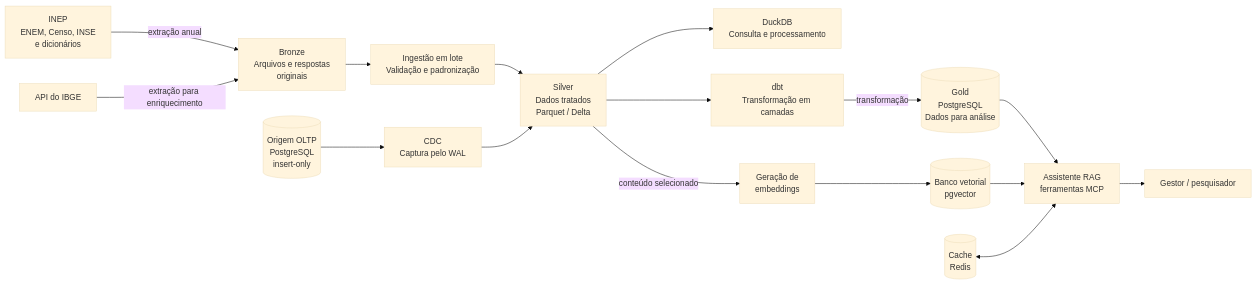
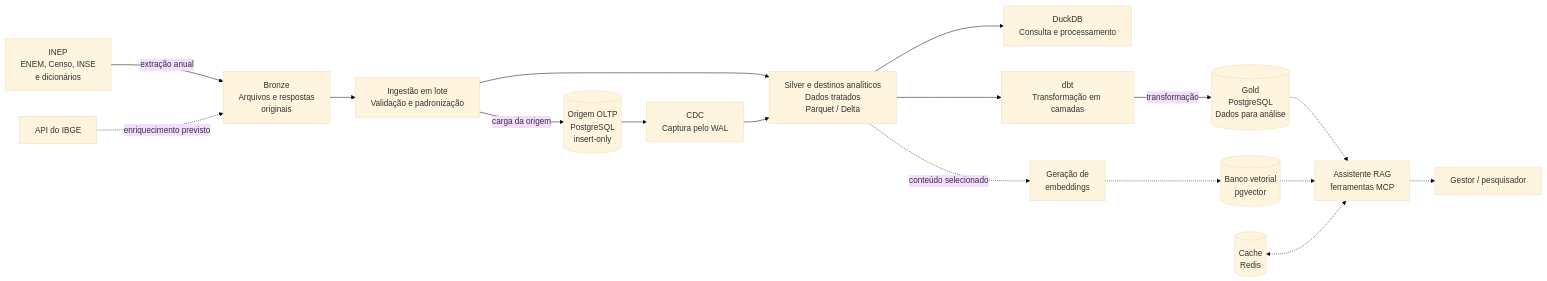
The first of 2 diagrams in README.md (daviegito/bd2_2026_2_eduinfra), drawn with Mermaid (base theme) before and after one commit. The commit also changed other lines of this file, not shown here.

````diff
--- a/README.md
+++ b/README.md
@@ -23,40 +28,34 @@
 ```mermaid
 flowchart LR
     INEP["INEP<br/>ENEM, Censo, INSE<br/>e dicionários"]
     IBGE["API do IBGE"]
-
     BRONZE["Bronze<br/>Arquivos e respostas<br/>originais"]
     LOTE["Ingestão em lote<br/>Validação e padronização"]
-    SILVER["Silver<br/>Dados tratados<br/>Parquet / Delta"]
-
+    SILVER["Silver e destinos analíticos<br/>Dados tratados<br/>Parquet / Delta"]
     OLTP[("Origem OLTP<br/>PostgreSQL<br/>insert-only")]
     CDC["CDC<br/>Captura pelo WAL"]
     DUCK["DuckDB<br/>Consulta e processamento"]
     DBT["dbt<br/>Transformação em camadas"]
     GOLD[("Gold<br/>PostgreSQL<br/>Dados para análise")]
-
     EMB["Geração de<br/>embeddings"]
     VET[("Banco vetorial<br/>pgvector")]
     AGENTE["Assistente RAG<br/>ferramentas MCP"]
     CACHE[("Cache<br/>Redis")]
     USER["Gestor / pesquisador"]
-
     INEP -->|extração anual| BRONZE
-    IBGE -->|extração para enriquecimento| BRONZE
+    IBGE -.->|enriquecimento previsto| BRONZE
     BRONZE --> LOTE
     LOTE --> SILVER
-
+    LOTE -->|carga da origem| OLTP
     OLTP --> CDC
     CDC --> SILVER
-
     SILVER --> DUCK
     SILVER --> DBT
     DBT -->|transformação| GOLD
-    SILVER -->|conteúdo selecionado| EMB
-    EMB --> VET
-
-    GOLD --> AGENTE
-    VET --> AGENTE
-    CACHE <--> AGENTE
-    AGENTE --> USER
+    SILVER -.->|conteúdo selecionado| EMB
+    EMB -.-> VET
+    GOLD -.-> AGENTE
+    VET -.-> AGENTE
+    CACHE <-.-> AGENTE
+    AGENTE -.-> USER
 ```
````
